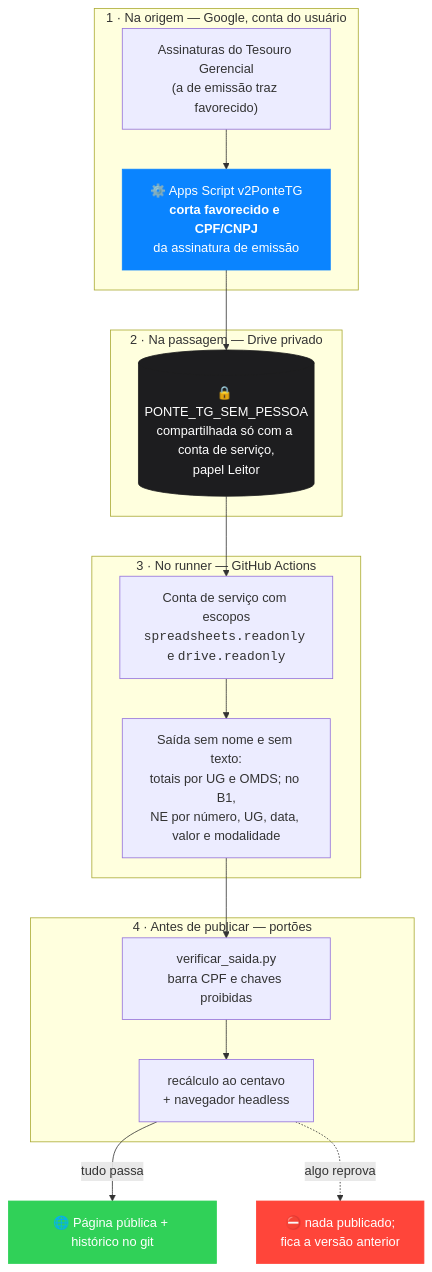
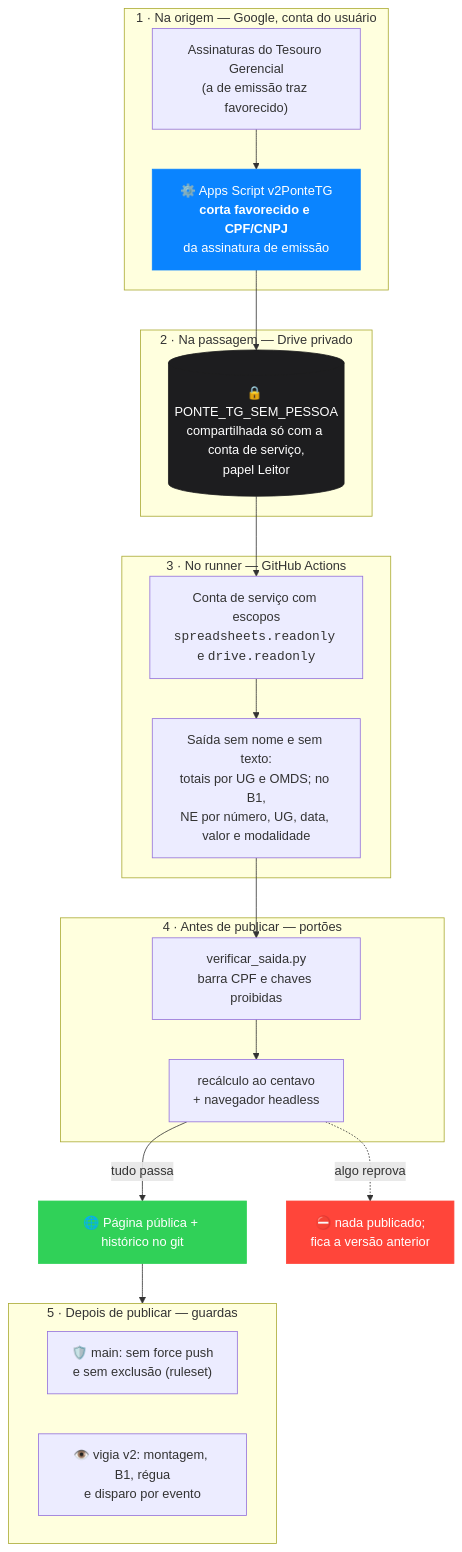
Before and after one commit to marcelosaldanha-1978/painel-gof-baaplog: the first of 3 diagrams in SECURITY.md, drawn with Mermaid. The commit also changed other lines of this file and 6 other files, not shown here.

Commit message:
docs: visual - linha do dia (antes x depois), quadro de credenciais, como acompanhar (resumo, vigia v2, faixa), camada 5 de guardas; dados/ como gerado no Languages

````diff
--- a/SECURITY.md
+++ b/SECURITY.md
@@ -18,24 +22,29 @@
 ```mermaid
 flowchart TB
     subgraph C1["1 · Na origem — Google, conta do usuário"]
       A["Assinaturas do Tesouro Gerencial<br/>(a de emissão traz favorecido)"] --> B["⚙️ Apps Script v2PonteTG<br/><b>corta favorecido e CPF/CNPJ</b><br/>da assinatura de emissão"]
     end
     subgraph C2["2 · Na passagem — Drive privado"]
       D[("🔒 PONTE_TG_SEM_PESSOA<br/>compartilhada só com a conta de serviço,<br/>papel Leitor")]
     end
     subgraph C3["3 · No runner — GitHub Actions"]
       E["Conta de serviço com escopos<br/><code>spreadsheets.readonly</code> e <code>drive.readonly</code>"] --> F["Saída sem nome e sem texto:<br/>totais por UG e OMDS; no B1,<br/>NE por número, UG, data, valor e modalidade"]
     end
     subgraph C4["4 · Antes de publicar — portões"]
       G["verificar_saida.py<br/>barra CPF e chaves proibidas"] --> H["recálculo ao centavo<br/>+ navegador headless"]
     end
     I["🌐 Página pública + histórico no git"]
+    subgraph C5["5 · Depois de publicar — guardas"]
+      K["🛡️ main: sem force push<br/>e sem exclusão (ruleset)"]
+      L["👁️ vigia v2: montagem, B1, régua<br/>e disparo por evento"]
+    end
+    I --> C5
     B --> D --> E
     F --> G
     H -->|tudo passa| I
     H -.->|algo reprova| J["⛔ nada publicado;<br/>fica a versão anterior"]
     style B fill:#0a84ff,color:#fff,stroke:#0a84ff
     style D fill:#1d1d1f,color:#fff,stroke:#1d1d1f
     style I fill:#30d158,color:#fff,stroke:#30d158
     style J fill:#ff453a,color:#fff,stroke:#ff453a
 ```
````
